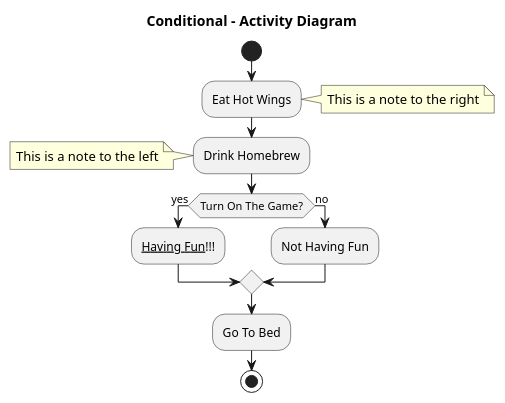
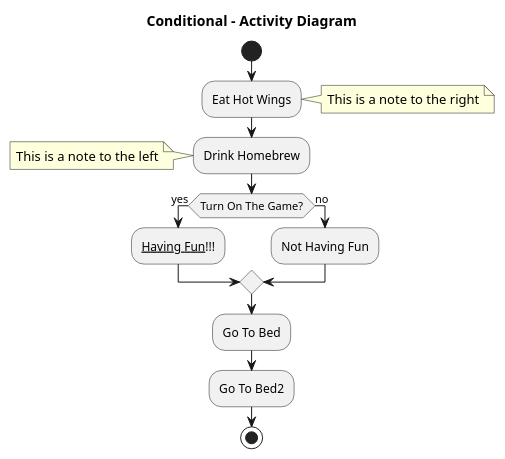
The diagram in example.puml (tbal999/flowtocsv), drawn with PlantUML before and after one commit.

```diff
--- a/example.puml
+++ b/example.puml
@@ -1,24 +1,27 @@
 @startuml
 
 title Conditional - Activity Diagram 
 
 
 start
 
 :Eat Hot Wings; 
 note right: This is a note to the right
 
 :Drink Homebrew; 
 note left: This is a note to the left
 
 if (Turn On The Game?) then (yes)
   :__Having Fun__!!!;
 else (no)
   :Not Having Fun;
 endif
 
 :Go To Bed;
 
+
+:Go To Bed2;
+
 stop
 
 @enduml
```
